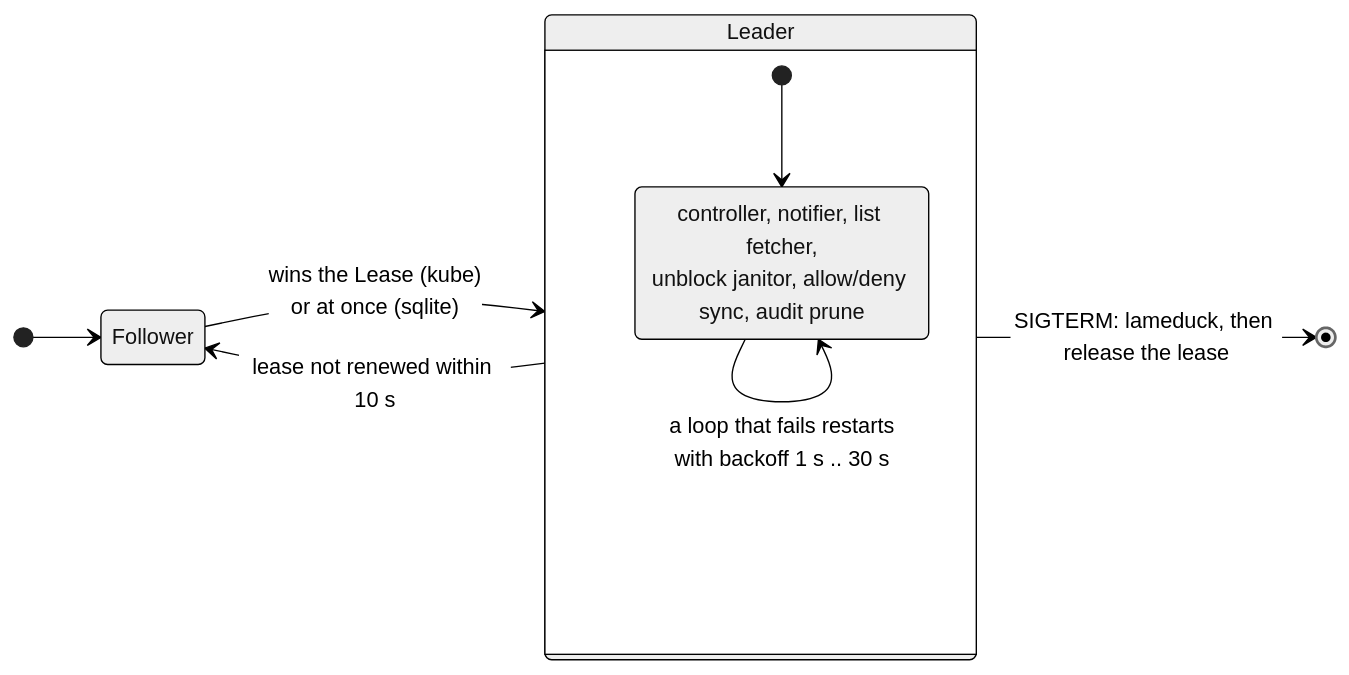
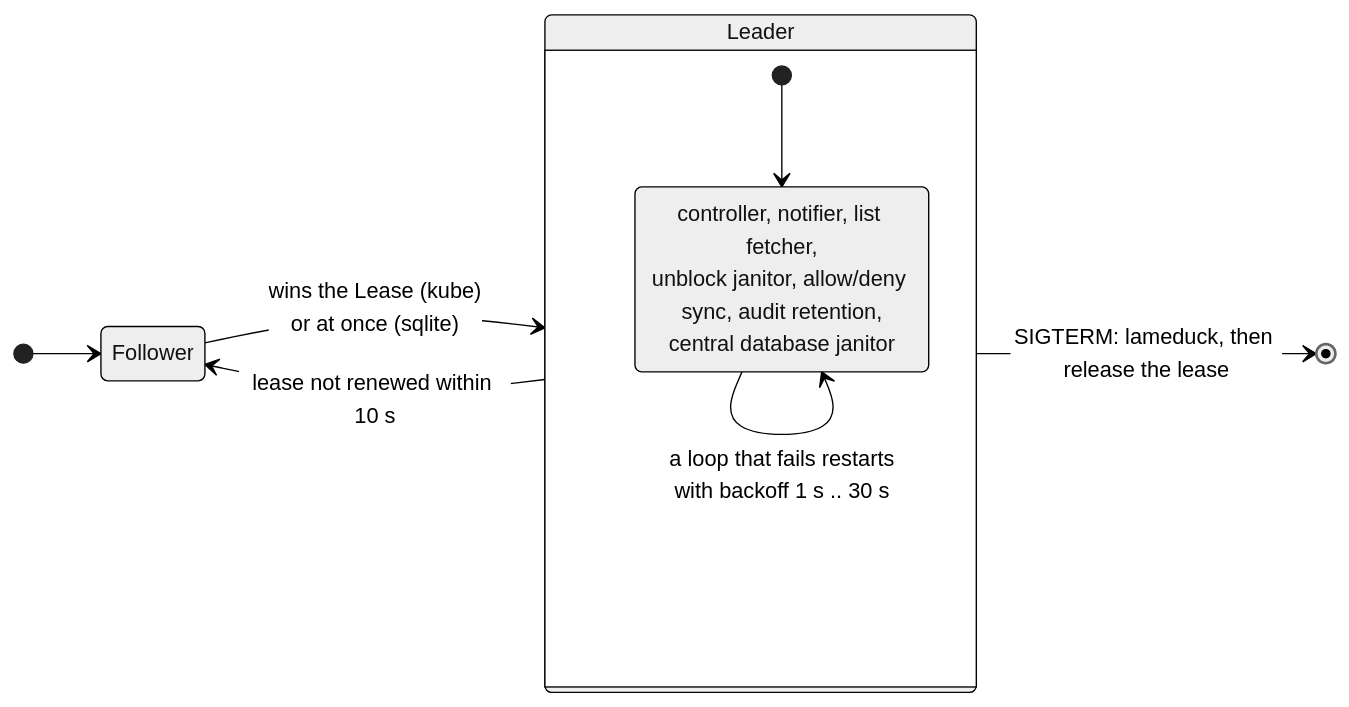
One commit to robertherbaugh/kudurru changed the fifth of 7 diagrams in docs/architecture/configuration-and-store.md. Above: the diagram before and after it, drawn with Mermaid (neutral theme). The commit also changed other lines of this file and 124 other files, not shown here.

First line of the commit message:
feat: cluster-wide audit log and an optional central PostgreSQL database (#34)

````diff
--- a/docs/architecture/configuration-and-store.md
+++ b/docs/architecture/configuration-and-store.md
@@ -179,13 +179,13 @@
 ```mermaid
 stateDiagram-v2
     direction LR
     [*] --> Follower
     Follower --> Leader: wins the Lease (kube)<br/>or at once (sqlite)
     Leader --> Follower: lease not renewed within 10 s
     state Leader {
         [*] --> running
-        running: controller, notifier, list fetcher,<br/>unblock janitor, allow/deny sync, audit prune
+        running: controller, notifier, list fetcher,<br/>unblock janitor, allow/deny sync, audit retention,<br/>central database janitor
         running --> running: a loop that fails restarts<br/>with backoff 1 s .. 30 s
     }
     Leader --> [*]: SIGTERM: lameduck, then release the lease
 ```
````
